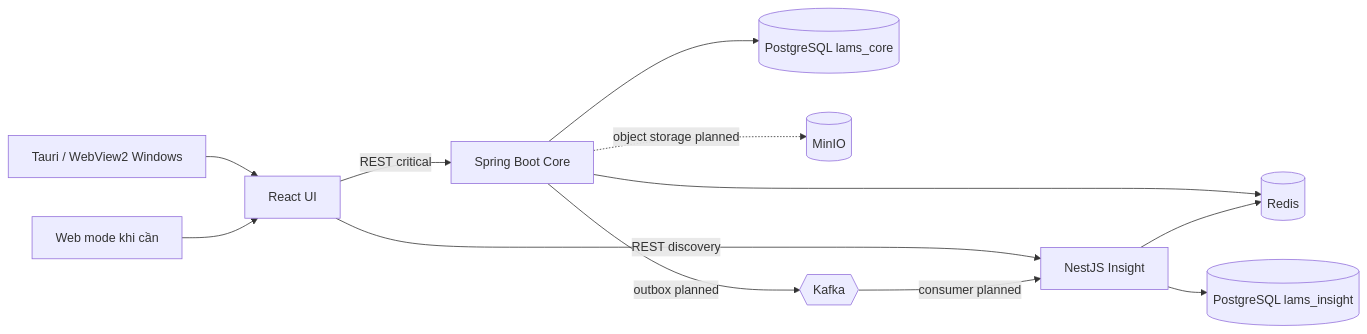
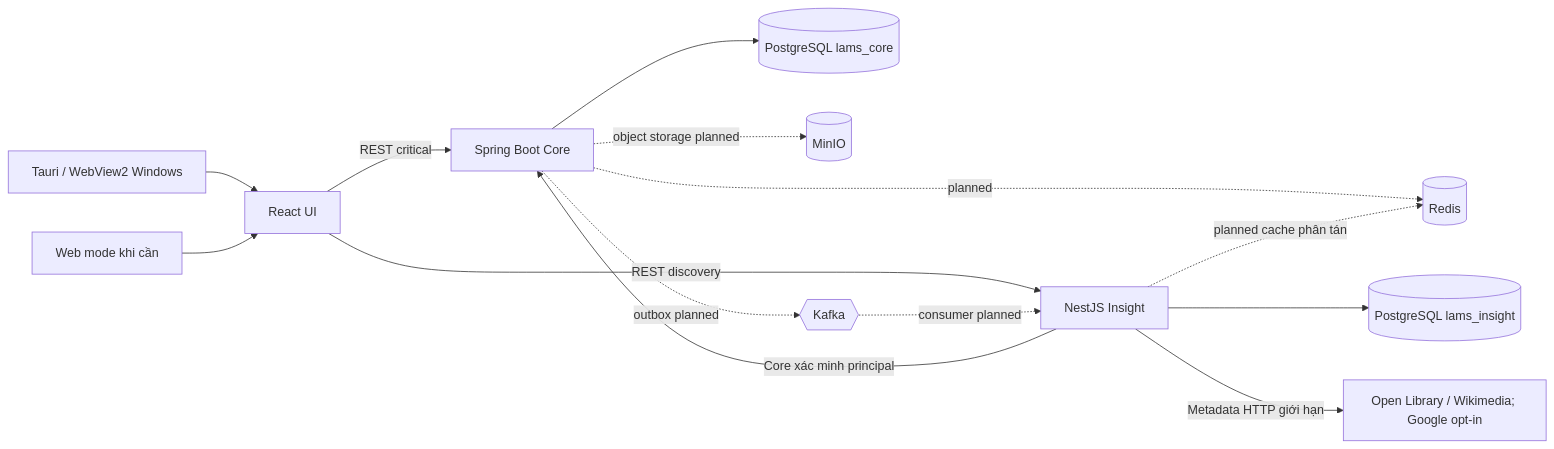
The diagram in tai-lieu/02-kien-truc/container-diagram.md (Shuuma4869/He-thong-quan-ly-va-khai-thac-thu-vien), drawn with Mermaid before and after one commit. The commit also changed other lines of this file and 17 other files, not shown here.

````diff
--- a/tai-lieu/02-kien-truc/container-diagram.md
+++ b/tai-lieu/02-kien-truc/container-diagram.md
@@ -7,14 +7,16 @@
 ```mermaid
 flowchart LR
   Desktop[Tauri / WebView2 Windows] --> FE[React UI]
   Browser[Web mode khi cần] --> FE
   FE -->|REST critical| Core[Spring Boot Core]
   FE -->|REST discovery| Insight[NestJS Insight]
   Core --> CoreDB[(PostgreSQL lams_core)]
   Insight --> InsightDB[(PostgreSQL lams_insight)]
-  Core --> Redis[(Redis)]
-  Insight --> Redis
+  Insight -->|Core xác minh principal| Core
+  Insight -->|Metadata HTTP giới hạn| Provider[Open Library / Wikimedia; Google opt-in]
+  Core -.planned.-> Redis[(Redis)]
+  Insight -.planned cache phân tán.-> Redis
   Core -.object storage planned.-> MinIO[(MinIO)]
-  Core -->|outbox planned| Kafka{{Kafka}}
-  Kafka -->|consumer planned| Insight
+  Core -.outbox planned.-> Kafka{{Kafka}}
+  Kafka -.consumer planned.-> Insight
 ```
````
